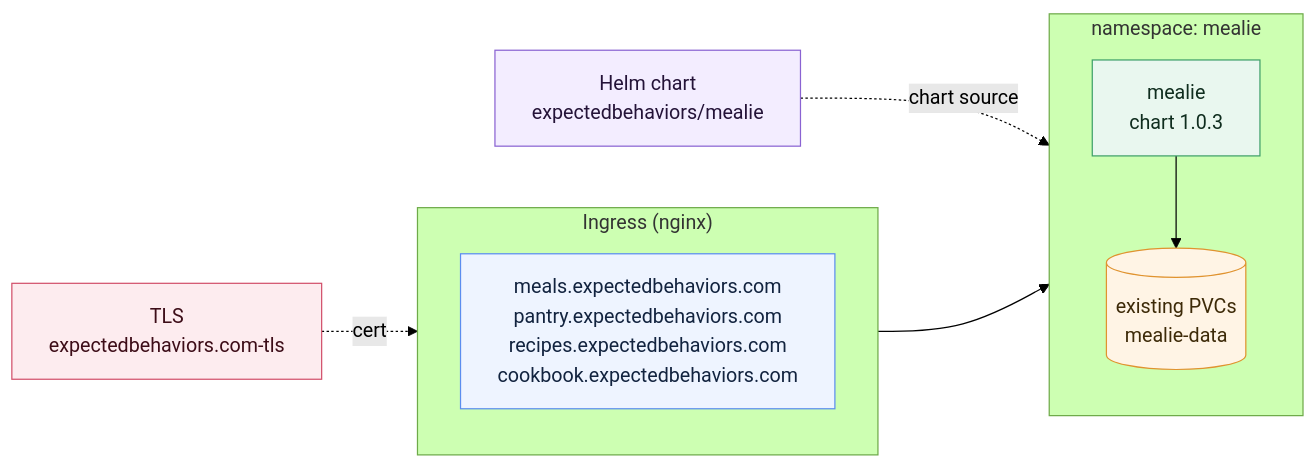
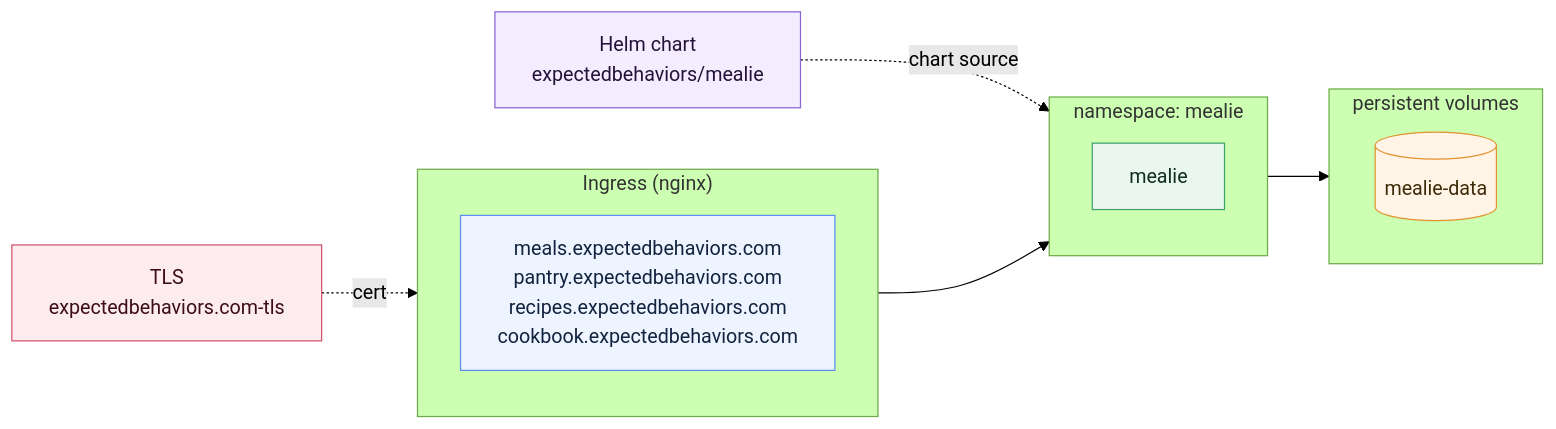
Before and after one commit to jd4883/homelab-mealie: the diagram in docs/img/topology.mmd, drawn with Mermaid (forest theme).

Commit message:
Regenerated the topology diagram to the current contract

```diff
--- a/docs/img/topology.mmd
+++ b/docs/img/topology.mmd
@@ -1,21 +1,24 @@
 flowchart LR
   classDef ext fill:#eef4ff,stroke:#5b8def,color:#12233f;
   classDef app fill:#e9f7ef,stroke:#3fa06a,color:#0f2d1e;
   classDef store fill:#fff4e5,stroke:#e0932f,color:#3d2a08;
   classDef sec fill:#fdecef,stroke:#d2506b,color:#3d0d18;
   classDef dep fill:#f3edff,stroke:#8a63d2,color:#241338;
   subgraph EDGE["Ingress (nginx)"]
     direction TB
     HOSTS["meals.expectedbehaviors.com<br/>pantry.expectedbehaviors.com<br/>recipes.expectedbehaviors.com<br/>cookbook.expectedbehaviors.com"]:::ext
   end
   subgraph NS["namespace: mealie"]
     direction TB
-    APP["mealie<br/>chart 1.0.3"]:::app
-    PVC[("existing PVCs<br/>mealie-data")]:::store
+    APP["mealie"]:::app
+  end
+  subgraph VOLS["persistent volumes"]
+    direction LR
+    V0[("mealie-data")]:::store
   end
   CHART["Helm chart<br/>expectedbehaviors/mealie"]:::dep
   CHART -. "chart source" .-> APP
   HOSTS --> APP
-  APP --> PVC
+  APP --> VOLS
   TLS["TLS<br/>expectedbehaviors.com-tls"]:::sec
   TLS -. "cert" .-> HOSTS
```
